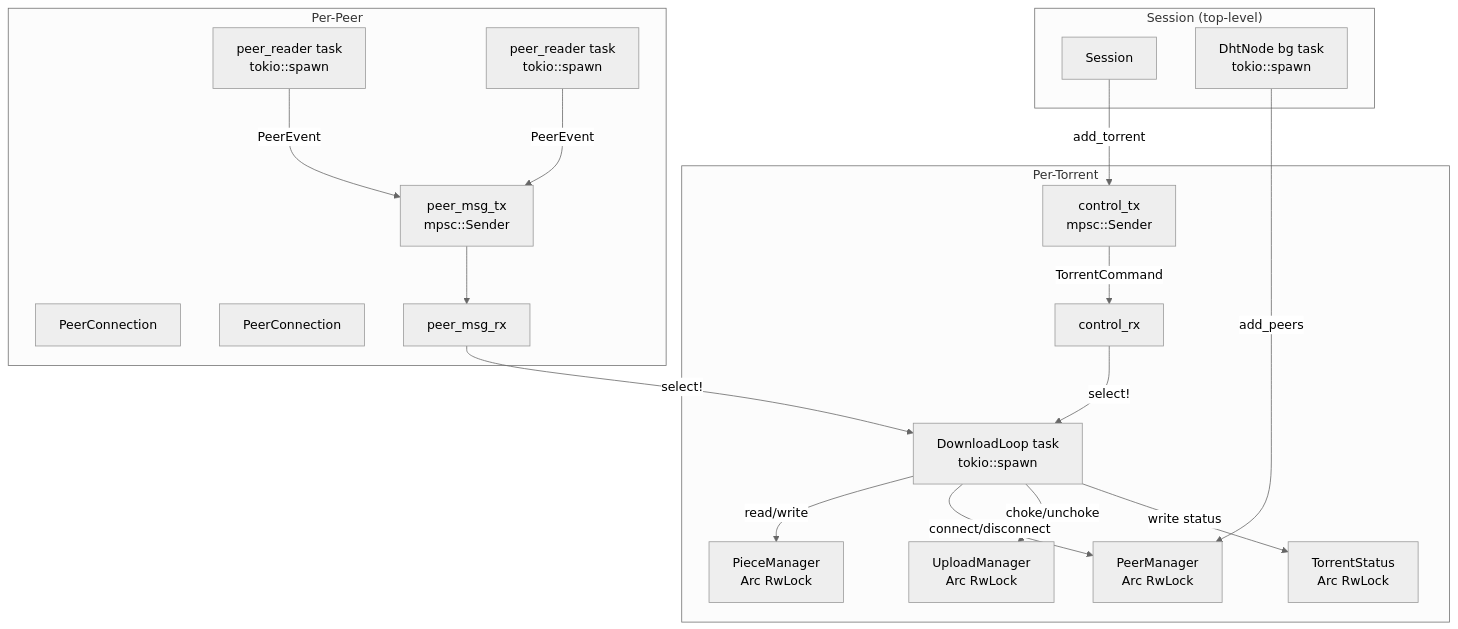
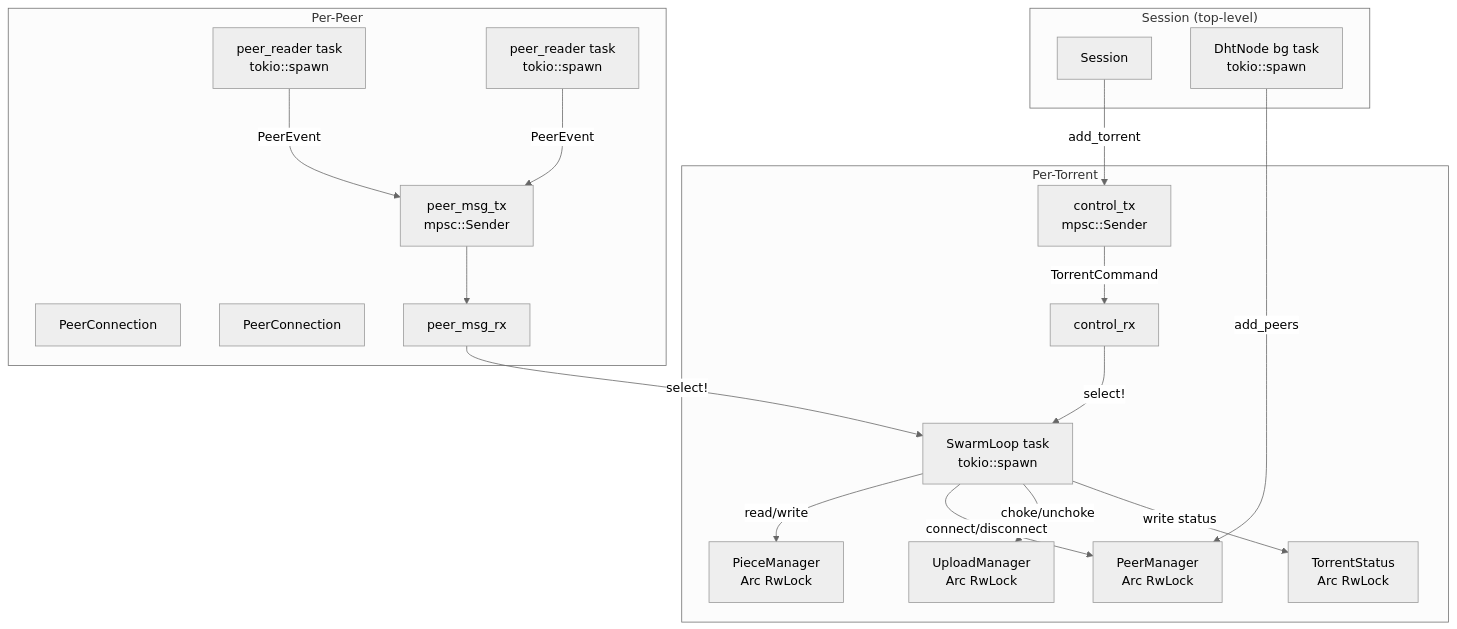
Before and after one commit to mogeko/torrent-rs: the diagram in .github/skills/event-driven-design/SKILL.md, drawn with Mermaid (neutral theme). The commit also changed other lines of this file and 2 other files, not shown here.

````diff
--- a/.github/skills/event-driven-design/SKILL.md
+++ b/.github/skills/event-driven-design/SKILL.md
@@ -38,39 +38,39 @@
 ```mermaid
 graph TD
     subgraph "Session (top-level)"
         S[Session]
         DHT_TASK[DhtNode bg task<br/>tokio::spawn]
     end
 
     subgraph "Per-Torrent"
         CTRL_TX[control_tx<br/>mpsc::Sender]
         CTRL_RX[control_rx]
-        DL[DownloadLoop task<br/>tokio::spawn]
+        DL[SwarmLoop task<br/>tokio::spawn]
         PMGR[PieceManager<br/>Arc RwLock]
         PM[PeerManager<br/>Arc RwLock]
         UM[UploadManager<br/>Arc RwLock]
         STAT[TorrentStatus<br/>Arc RwLock]
     end
 
     subgraph "Per-Peer"
         PC1[PeerConnection]
         PC2[PeerConnection]
         R1[peer_reader task<br/>tokio::spawn]
         R2[peer_reader task<br/>tokio::spawn]
         MSG_TX[peer_msg_tx<br/>mpsc::Sender]
         MSG_RX[peer_msg_rx]
     end
 
     S -->|add_torrent| CTRL_TX
     CTRL_TX -->|TorrentCommand| CTRL_RX
     CTRL_RX -->|select!| DL
     R1 -->|PeerEvent| MSG_TX
     R2 -->|PeerEvent| MSG_TX
     MSG_TX --> MSG_RX
     MSG_RX -->|select!| DL
     DL -->|read/write| PMGR
     DL -->|connect/disconnect| PM
     DL -->|choke/unchoke| UM
     DL -->|write status| STAT
     DHT_TASK -->|add_peers| PM
 ```
````
